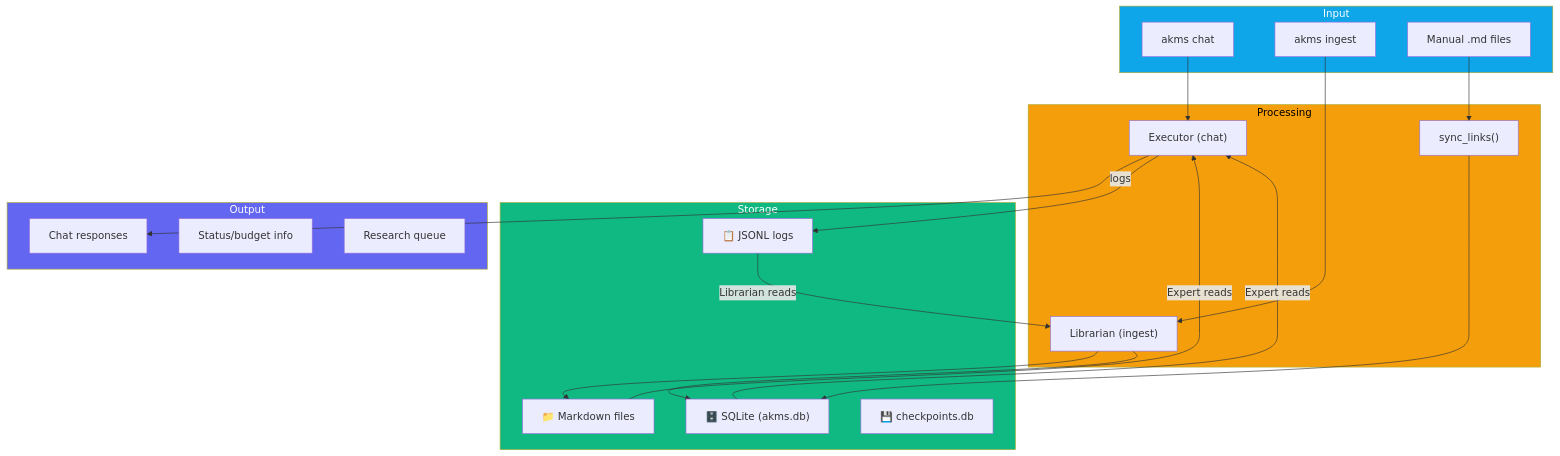
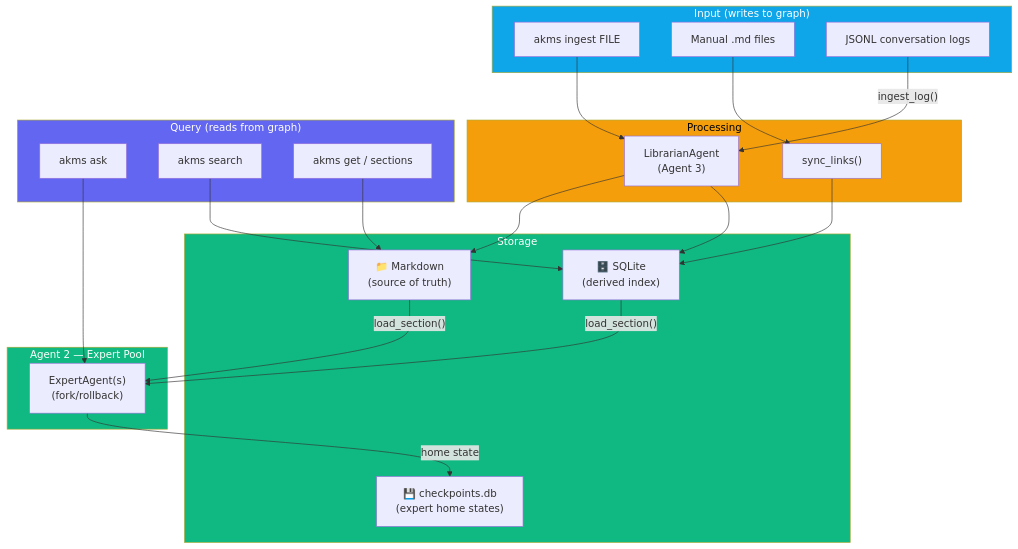
One commit to TheRealOP/Agent-Knowledge-Management-System changed diagram 17 of 17 in how-this-works.md. Above: the diagram before and after it, drawn with Mermaid. The commit also changed other lines of this file, not shown here.

````diff
--- a/how-this-works.md
+++ b/how-this-works.md
@@ -682,39 +656,44 @@
 ```mermaid
 flowchart TB
-    subgraph Input
-        Chat["akms chat"]
-        Ingest["akms ingest"]
+    subgraph Input["Input (writes to graph)"]
+        Ingest["akms ingest FILE"]
         Manual["Manual .md files"]
+        Logs["JSONL conversation logs"]
     end
 
     subgraph Processing
-        Exec["Executor (chat)"]
-        Lib["Librarian (ingest)"]
+        Lib["LibrarianAgent\n(Agent 3)"]
         Sync["sync_links()"]
     end
 
     subgraph Storage
-        Wiki["📁 Markdown files"]
-        DB["🗄️ SQLite (akms.db)"]
-        Logs["📋 JSONL logs"]
-        Checkpoints["💾 checkpoints.db"]
+        Wiki["📁 Markdown\n(source of truth)"]
+        DB["🗄️ SQLite\n(derived index)"]
+        CP["💾 checkpoints.db\n(expert home states)"]
     end
 
-    subgraph Output
-        Answers["Chat responses"]
-        Status["Status/budget info"]
-        Research["Research queue"]
+    subgraph Query["Query (reads from graph)"]
+        Ask["akms ask"]
+        Search["akms search"]
+        Get["akms get / sections"]
     end
 
-    Chat --> Exec --> Answers
-    Exec -->|"logs"| Logs
+    subgraph Agents["Agent 2 — Expert Pool"]
+        Exp["ExpertAgent(s)\n(fork/rollback)"]
+    end
+
     Ingest --> Lib --> Wiki & DB
     Manual --> Sync --> DB
-    Logs -->|"Librarian reads"| Lib
-    Wiki & DB -->|"Expert reads"| Exec
+    Logs -->|"ingest_log()"| Lib
+    Wiki & DB -->|"load_section()"| Exp
+    Exp -->|"home state"| CP
+    Ask --> Exp
+    Search --> DB
+    Get --> Wiki
 
     style Input fill:#0ea5e9,color:#fff
     style Processing fill:#f59e0b,color:#000
     style Storage fill:#10b981,color:#fff
-    style Output fill:#6366f1,color:#fff
+    style Query fill:#6366f1,color:#fff
+    style Agents fill:#10b981,color:#fff
 ```
````
